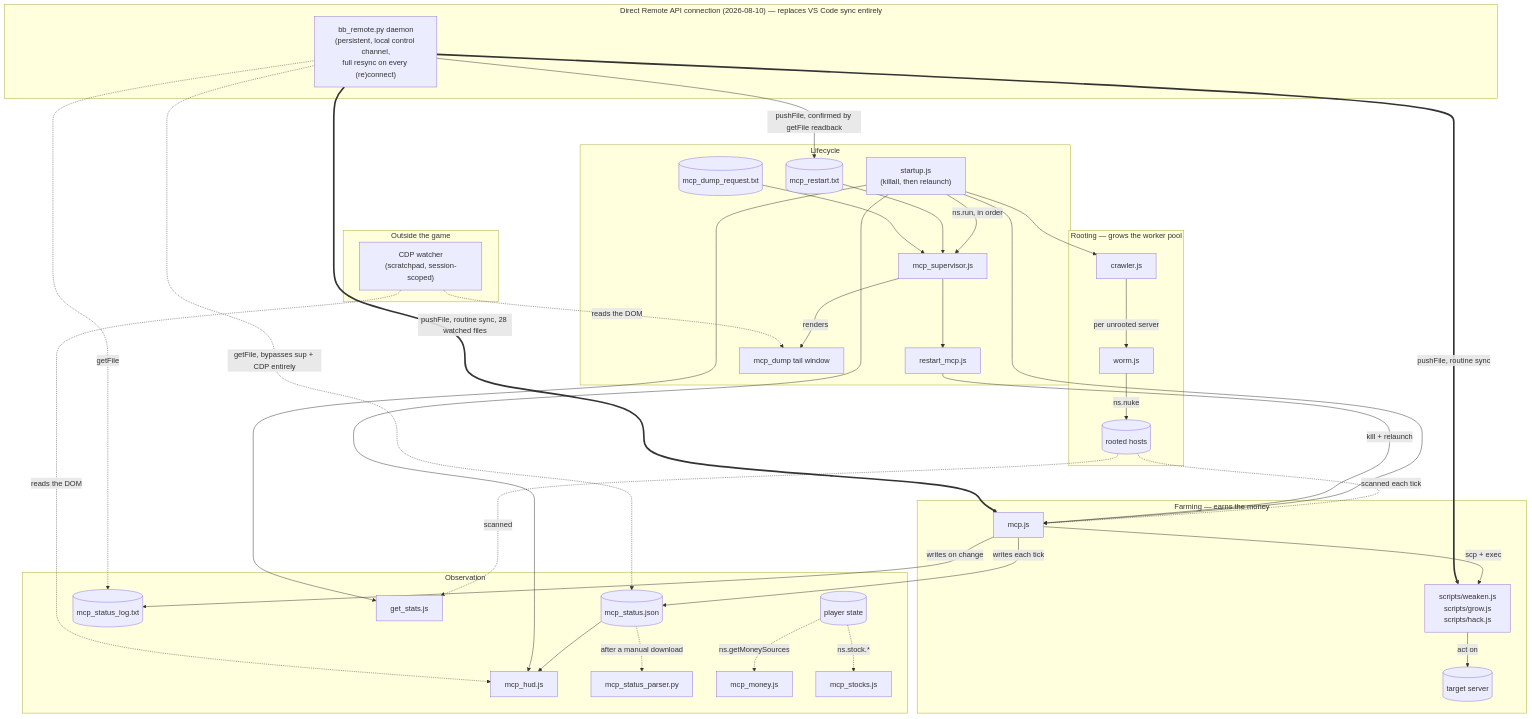
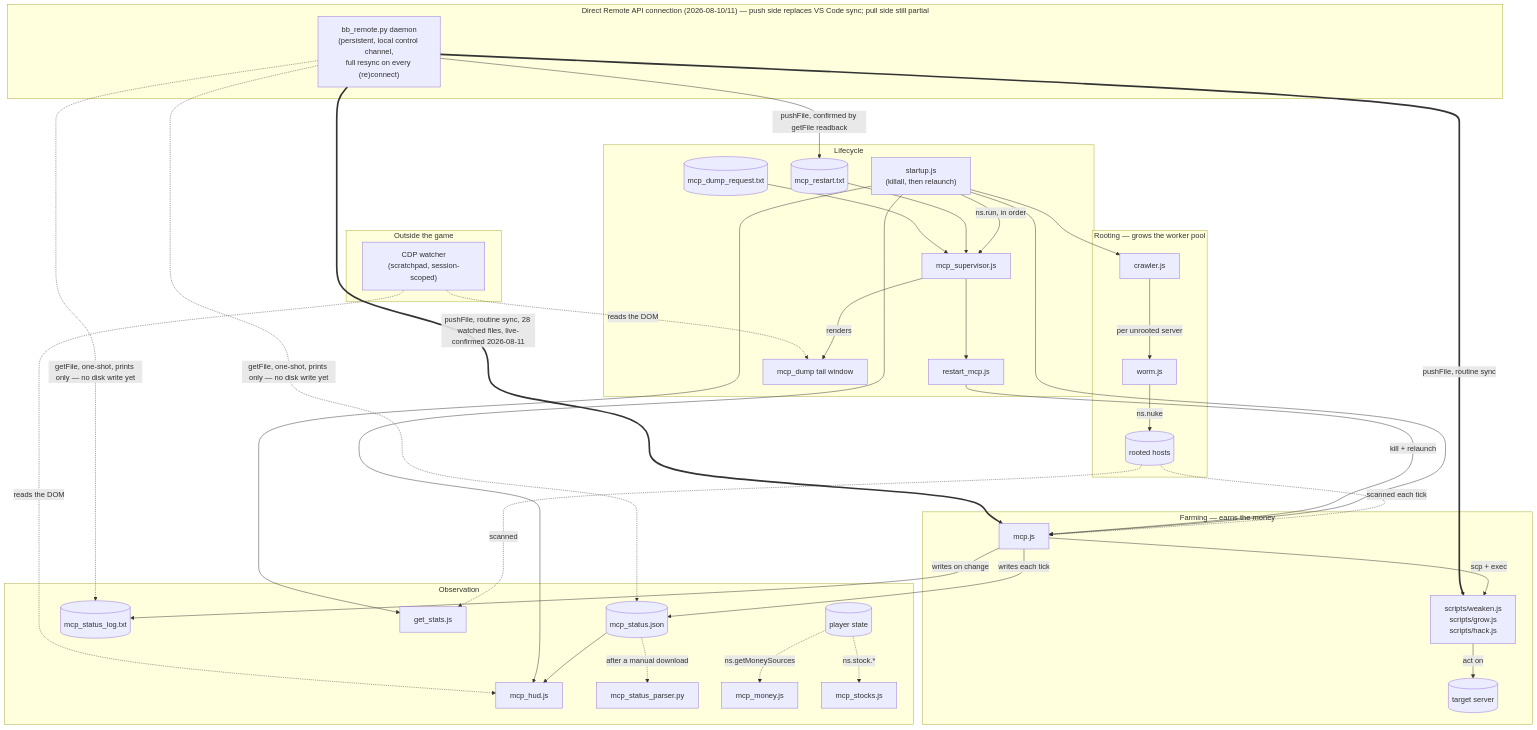
One commit to waunder/BitBurner changed the diagram in docs/processes.md. Above: the diagram before and after it, drawn with Mermaid. The commit also changed other lines of this file and 3 other files, not shown here.

First line of the commit message:
Confirm VS Code retirement push-side live; flag pull-side gap

````diff
--- a/docs/processes.md
+++ b/docs/processes.md
@@ -17,50 +17,50 @@
 ```mermaid
 flowchart TB
     subgraph root["Rooting — grows the worker pool"]
         crawler[crawler.js] -->|per unrooted server| worm[worm.js]
         worm -->|ns.nuke| pool[(rooted hosts)]
     end
 
     subgraph farm["Farming — earns the money"]
         mcp[mcp.js] -->|scp + exec| actions["scripts/weaken.js<br/>scripts/grow.js<br/>scripts/hack.js"]
         pool -.->|scanned each tick| mcp
         actions -->|act on| target[(target server)]
     end
 
     subgraph obs["Observation"]
         mcp -->|writes each tick| status[(mcp_status.json)]
         mcp -->|writes on change| logfile[(mcp_status_log.txt)]
         status --> hud[mcp_hud.js]
         pool -.->|scanned| stats[get_stats.js]
         status -.->|after a manual download| parser[mcp_status_parser.py]
         player[(player state)] -.->|ns.getMoneySources| moneypanel[mcp_money.js]
         player -.->|ns.stock.*| stockpanel[mcp_stocks.js]
     end
 
     subgraph life["Lifecycle"]
         boot["startup.js<br/>(killall, then relaunch)"] -->|ns.run, in order| sup[mcp_supervisor.js]
         boot --> crawler
         boot --> mcp
         boot --> hud[mcp_hud.js]
         boot --> stats
         flag[(mcp_restart.txt)] --> sup
         sup --> restart[restart_mcp.js]
         restart -->|kill + relaunch| mcp
         dumpreq[(mcp_dump_request.txt)] --> sup
         sup -->|renders| dumptail[mcp_dump tail window]
     end
 
-    subgraph direct["Direct Remote API connection (2026-08-10) — replaces VS Code sync entirely"]
+    subgraph direct["Direct Remote API connection (2026-08-10/11) — push side replaces VS Code sync; pull side still partial"]
         daemon["bb_remote.py daemon<br/>(persistent, local control channel,<br/>full resync on every (re)connect)"]
         daemon -->|pushFile, confirmed by getFile readback| flag
-        daemon -.->|getFile, bypasses sup + CDP entirely| status
-        daemon -.->|getFile| logfile
-        daemon ==>|pushFile, routine sync, 28 watched files| mcp
+        daemon -.->|getFile, one-shot, prints only — no disk write yet| status
+        daemon -.->|getFile, one-shot, prints only — no disk write yet| logfile
+        daemon ==>|pushFile, routine sync, 28 watched files, live-confirmed 2026-08-11| mcp
         daemon ==>|pushFile, routine sync| actions
     end
 
     subgraph out["Outside the game"]
         cdp["CDP watcher<br/>(scratchpad, session-scoped)"] -.->|reads the DOM| hud
         cdp -.->|reads the DOM| dumptail
     end
 ```
````
